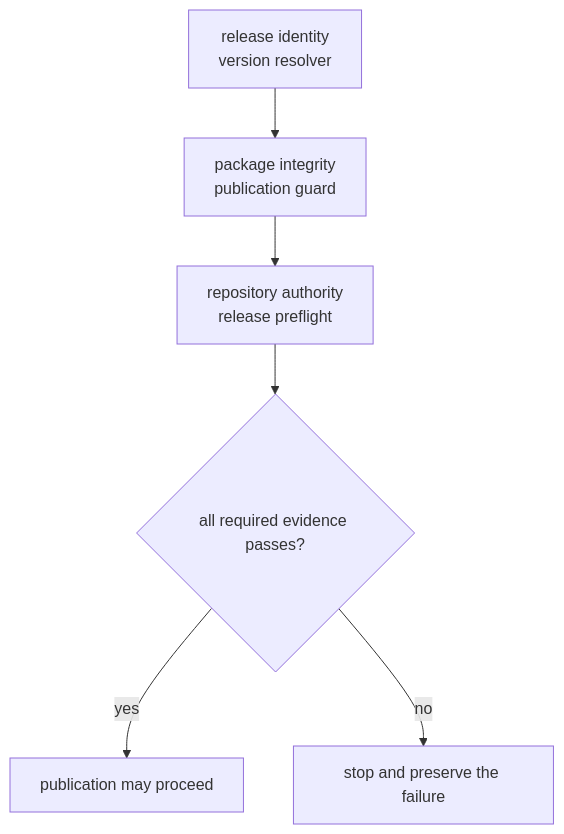
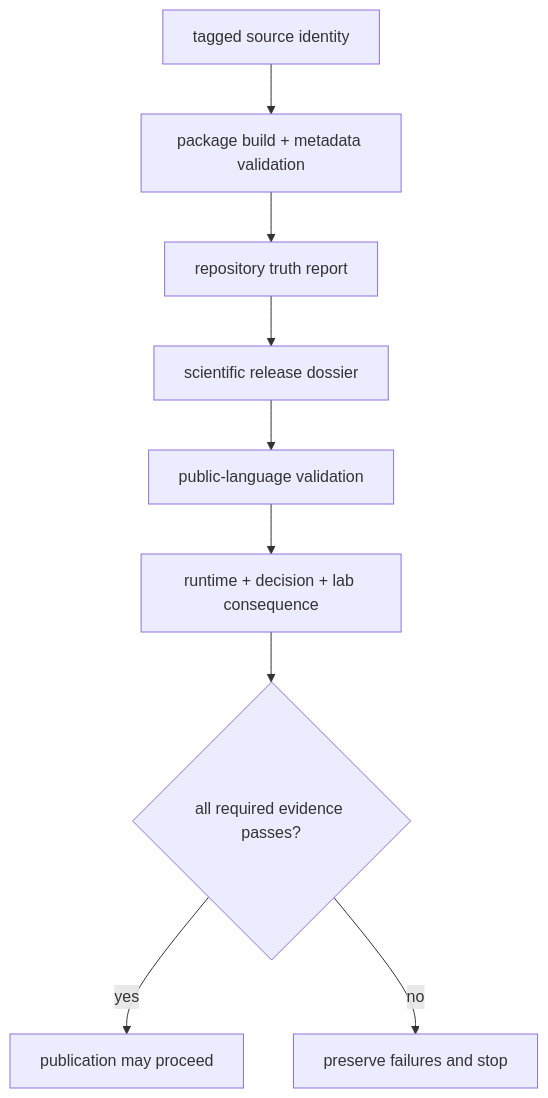
One commit to bijux/bijux-proteomics changed the diagram in docs/08-bijux-proteomics-maintain/bijux-proteomics-dev/release-support.md. Above: the diagram before and after it, drawn with Mermaid. The commit also changed other lines of this file and 2 other files, not shown here.

Commit message:
docs(release): bind publication to consequence evidence

````diff
--- a/docs/08-bijux-proteomics-maintain/bijux-proteomics-dev/release-support.md
+++ b/docs/08-bijux-proteomics-maintain/bijux-proteomics-dev/release-support.md
@@ -19,13 +20,11 @@
 ```mermaid
 flowchart TB
-    identity["release identity<br/>version resolver"]
-    package["package integrity<br/>publication guard"]
-    authority["repository authority<br/>release preflight"]
-    decision{"all required evidence passes?"}
-    publish["publication may proceed"]
-    refuse["stop and preserve the failure"]
-
-    identity --> package --> authority --> decision
-    decision -->|yes| publish
-    decision -->|no| refuse
+    source["tagged source identity"] --> packages["package build + metadata validation"]
+    packages --> truth["repository truth report"]
+    truth --> dossier["scientific release dossier"]
+    dossier --> language["public-language validation"]
+    language --> consequence["runtime + decision + lab consequence"]
+    consequence --> gate{"all required evidence passes?"}
+    gate -->|yes| publish["publication may proceed"]
+    gate -->|no| refuse["preserve failures and stop"]
 ```
````
